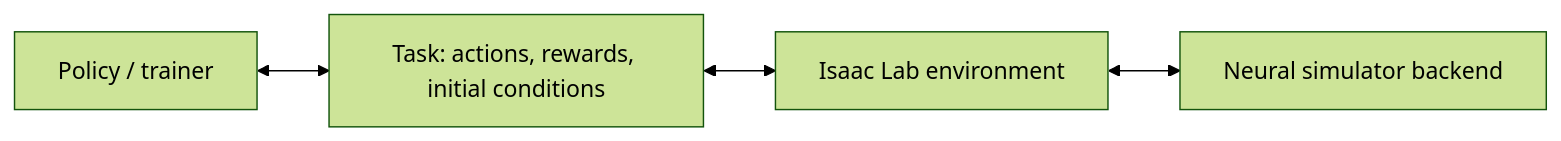
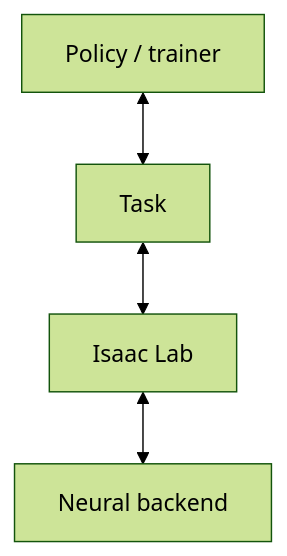
One commit to KumoLiu/IsaacLab changed the diagram in source/isaaclab_contrib/docs/neural-simulator.md. Above: the diagram before and after it, drawn with Mermaid (forest theme). The commit also changed other lines of this file and 10 other files, not shown here.

Commit message:
Simplify neural simulator assets and preserve RLinf compatibility

````diff
--- a/source/isaaclab_contrib/docs/neural-simulator.md
+++ b/source/isaaclab_contrib/docs/neural-simulator.md
@@ -10,6 +10,6 @@
 ```mermaid
-flowchart LR
-    P["Policy / trainer"] <--> T["Task: actions, rewards, initial conditions"]
-    T <--> E["Isaac Lab environment"]
-    E <--> B["Neural simulator backend"]
+flowchart TB
+    P["Policy / trainer"] <--> T["Task"]
+    T <--> E["Isaac Lab"]
+    E <--> B["Neural backend"]
 ```
````
